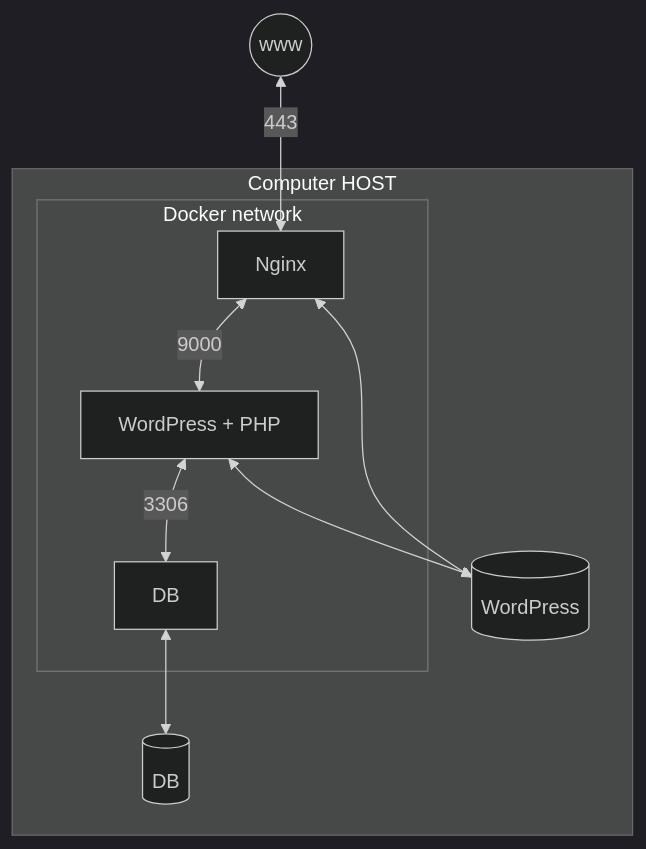
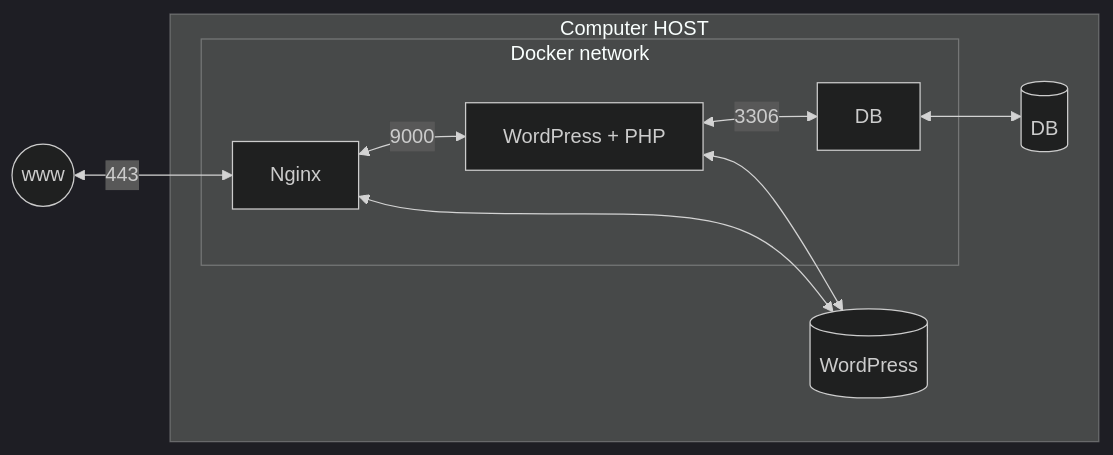
One commit to osorosia/inception changed the diagram in README.md. Above: the diagram before and after it, drawn with Mermaid (dark theme).

Commit message:
tiny fix

````diff
--- a/README.md
+++ b/README.md
@@ -12,22 +12,22 @@
 ```mermaid
-flowchart TD
+flowchart LR
   www(("www"))
   %% container
   c_wp["WordPress + PHP"]
   c_nginx["Nginx"]
   c_db["DB"]
   %% volume
   v_db[("DB")]
   v_wp[("WordPress")]
 
   www <-->|443| c_nginx
   subgraph Computer HOST
     subgraph Docker network
       c_nginx <-->|9000| c_wp
       c_wp <-->|3306| c_db
     end
     c_nginx <--> v_wp
     c_wp <--> v_wp
     c_db <--> v_db
   end
 ```
````
